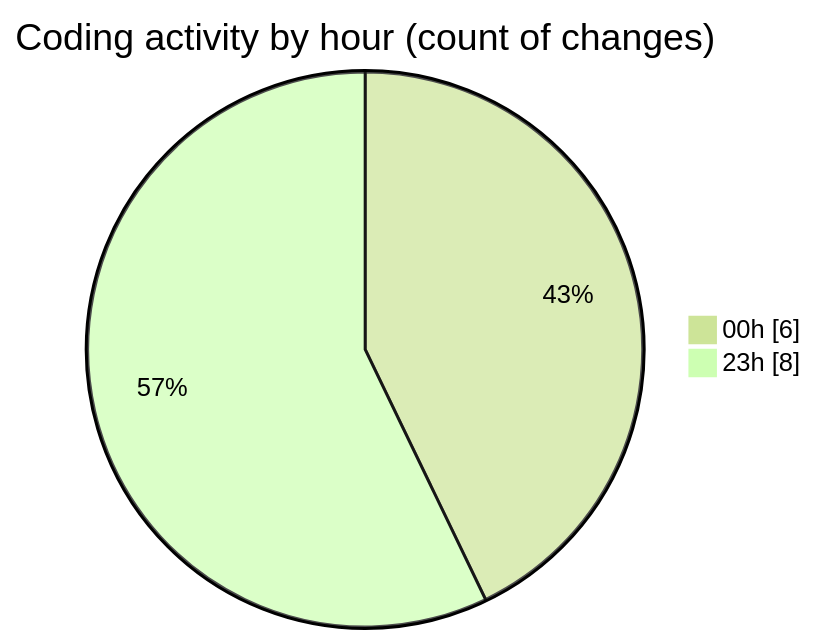
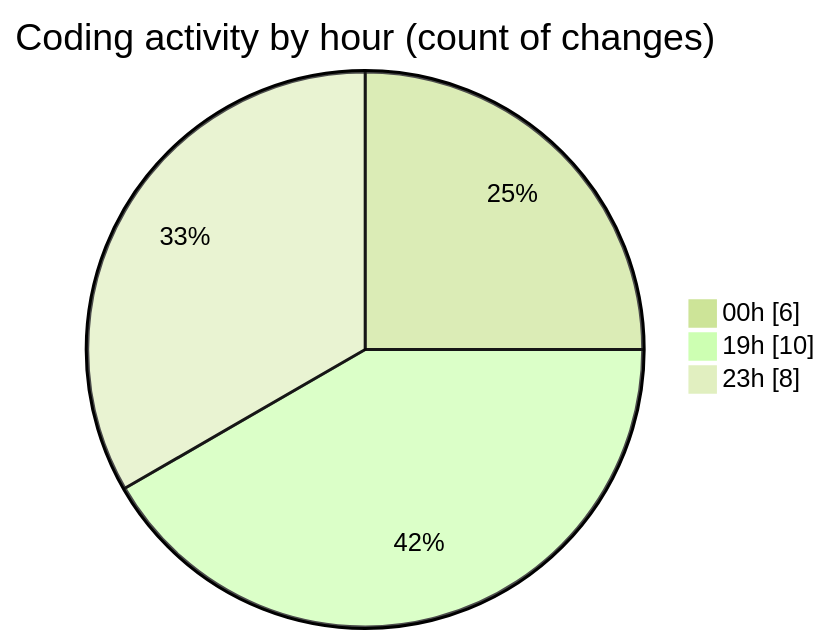
One commit to Ritupan-Deka/code-tracking changed the second of 2 diagrams in 2025-08-05/javascript/README.md. Above: the diagram before and after it, drawn with Mermaid (forest theme). The commit also changed other lines of this file and 1 other file, not shown here.

````diff
--- a/2025-08-05/javascript/README.md
+++ b/2025-08-05/javascript/README.md
@@ -28,6 +29,7 @@
 ```mermaid
 pie showData
 title Coding activity by hour (count of changes)
 "00h" : 6
+"19h" : 10
 "23h" : 8
 ```
````
